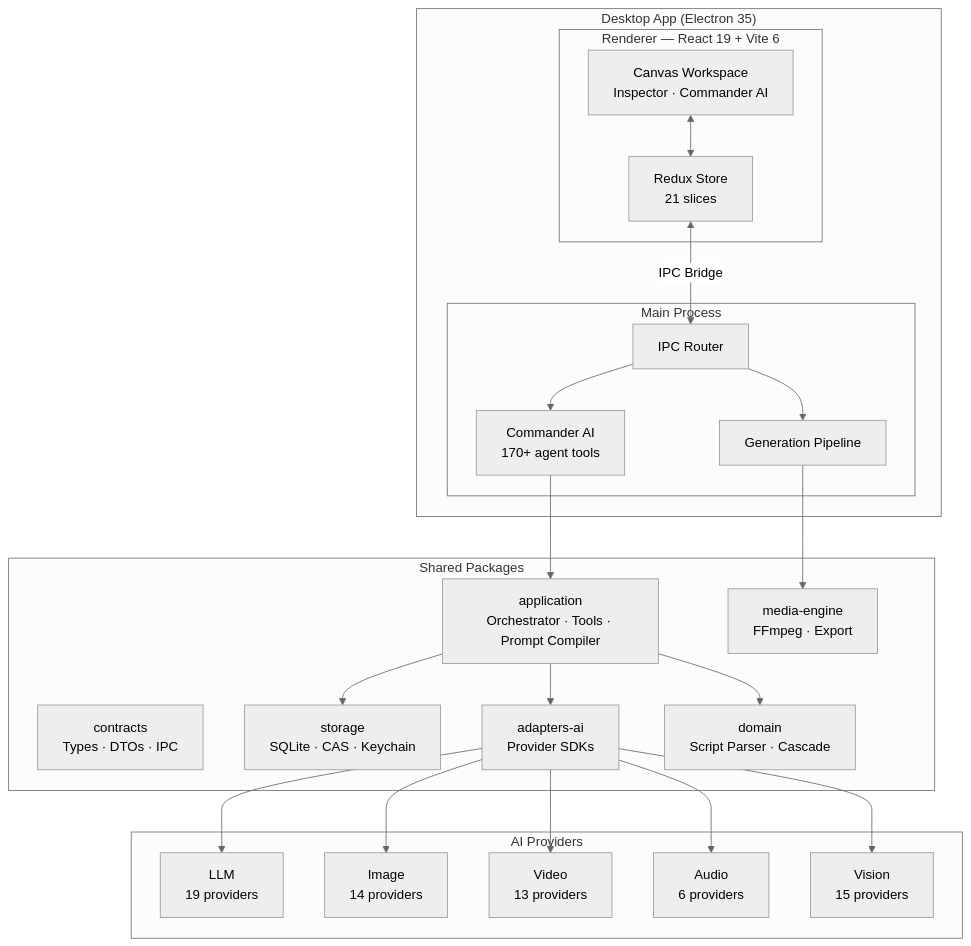
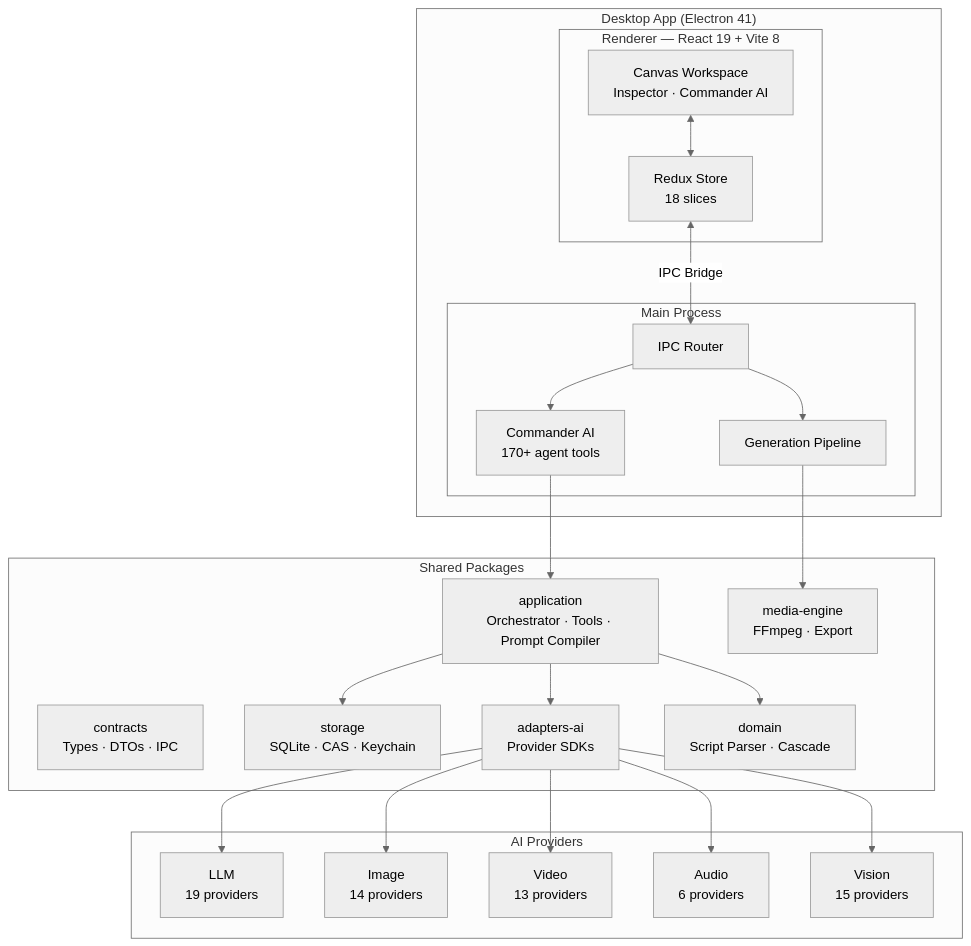
Before and after one commit to NAinfini/Inifni-Lucid-Fin: the diagram in README.md, drawn with Mermaid (neutral theme). The commit also changed other lines of this file and 303 other files, not shown here.

````diff
--- a/README.md
+++ b/README.md
@@ -206,49 +206,49 @@
 ```mermaid
 graph TB
-    subgraph Desktop["Desktop App (Electron 35)"]
-        subgraph Renderer["Renderer — React 19 + Vite 6"]
+    subgraph Desktop["Desktop App (Electron 41)"]
+        subgraph Renderer["Renderer — React 19 + Vite 8"]
             UI["Canvas Workspace<br/>Inspector &middot; Commander AI"]
-            Store["Redux Store<br/>21 slices"]
+            Store["Redux Store<br/>18 slices"]
         end
 
         subgraph Main["Main Process"]
             IPC["IPC Router"]
             Pipeline["Generation Pipeline"]
             Commander["Commander AI<br/>170+ agent tools"]
         end
 
         UI <--> Store
         Store <-- "IPC Bridge" --> IPC
         IPC --> Pipeline
         IPC --> Commander
     end
 
     subgraph Packages["Shared Packages"]
         Contracts["contracts<br/>Types &middot; DTOs &middot; IPC"]
         AppLayer["application<br/>Orchestrator &middot; Tools &middot; Prompt Compiler"]
         Storage["storage<br/>SQLite &middot; CAS &middot; Keychain"]
         Adapters["adapters-ai<br/>Provider SDKs"]
         Domain["domain<br/>Script Parser &middot; Cascade"]
         Media["media-engine<br/>FFmpeg &middot; Export"]
     end
 
     Commander --> AppLayer
     Pipeline --> Media
     AppLayer --> Storage
     AppLayer --> Adapters
     AppLayer --> Domain
 
     subgraph Providers["AI Providers"]
         LLM["LLM<br/>19 providers"]
         IMG["Image<br/>14 providers"]
         VID["Video<br/>13 providers"]
         AUD["Audio<br/>6 providers"]
         VIS["Vision<br/>15 providers"]
     end
 
     Adapters --> LLM
     Adapters --> IMG
     Adapters --> VID
     Adapters --> AUD
     Adapters --> VIS
 ```
````
